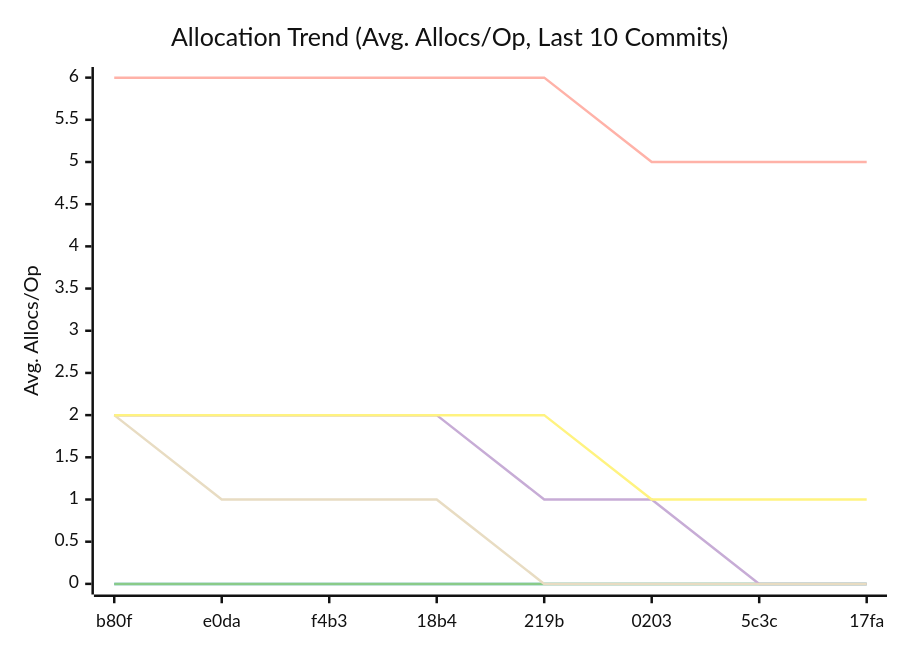
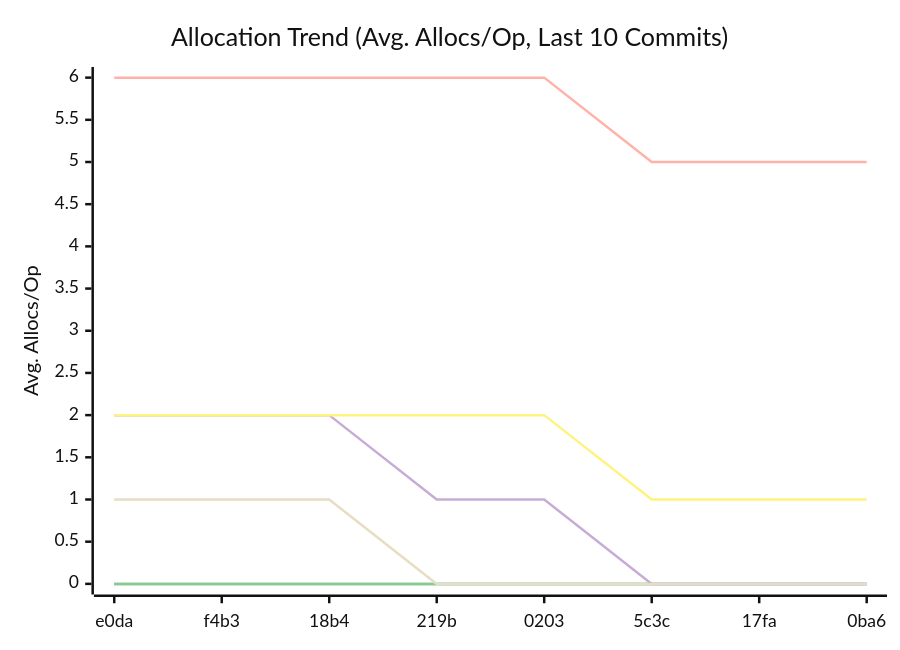
Before and after one commit to alsotoes/momo: the third of 3 diagrams in docs/README.md, drawn with Mermaid (neutral theme). The commit also changed other lines of this file and 1 other file, not shown here.

````diff
--- a/docs/README.md
+++ b/docs/README.md
@@ -217,14 +217,14 @@
 ```mermaid
 xychart-beta
     title "Allocation Trend (Avg. Allocs/Op, Last 10 Commits)"
     x-axis "Commit"
     y-axis "Avg. Allocs/Op"
-    x-axis [b80f,e0da,f4b3,18b4,219b,0203,5c3c,17fa]
+    x-axis [e0da,f4b3,18b4,219b,0203,5c3c,17fa,0ba6]
     line "CheckMetricsAndSwap" [0,0,0,0,0,0,0,0,0,0]
     line "IndexDirectTracking" [0,0,0,0,0,0,0,0,0,0]
     line "IndexSearch" [0,0,0,0,0,0,0,0,0,0]
-    line "LoadGlobalConfig" [2,2,2,2,1,1,0,0,0,0]
-    line "PadString" [2,1,1,1,0,0,0,0,0,0]
+    line "LoadGlobalConfig" [2,2,2,1,1,0,0,0,0,0]
+    line "PadString" [1,1,1,0,0,0,0,0,0,0]
     line "ParseReplicationOrder_NoPrealloc" [6,6,6,6,6,5,5,5,5,5]
     line "ParseReplicationOrder_Prealloc" [2,2,2,2,2,1,1,1,1,1]
 ```
````
